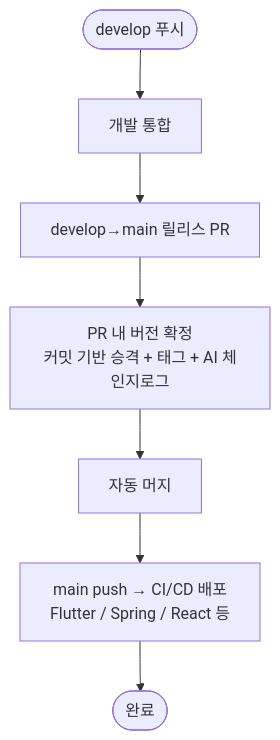
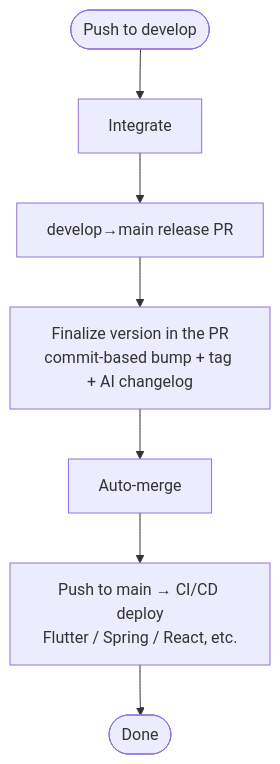
Before and after one commit to Cassiiopeia/projectops: the second of 2 diagrams in README.md, drawn with Mermaid. The commit also changed other lines of this file and 4 other files, not shown here.

Commit message:
전체 영문 기본화 로드맵 CLI 워크플로우 스킬 문서 : docs : README 기본을 영문으로 바꾸고 한국어판을 docs/i18n/README.ko.md로 이동 https://github.com/Cassiiopeia/projectops/issues/769

````diff
--- a/README.md
+++ b/README.md
@@ -163,9 +162,9 @@
 ```mermaid
 flowchart TD
-    A([develop 푸시]) --> B[개발 통합]
-    B --> C[develop→main 릴리스 PR]
-    C --> D["PR 내 버전 확정<br/>커밋 기반 승격 + 태그 + AI 체인지로그"]
-    D --> E[자동 머지]
-    E --> F["main push → CI/CD 배포<br/>Flutter / Spring / React 등"]
-    F --> G([완료])
+    A([Push to develop]) --> B[Integrate]
+    B --> C[develop→main release PR]
+    C --> D["Finalize version in the PR<br/>commit-based bump + tag + AI changelog"]
+    D --> E[Auto-merge]
+    E --> F["Push to main → CI/CD deploy<br/>Flutter / Spring / React, etc."]
+    F --> G([Done])
 ```
````
